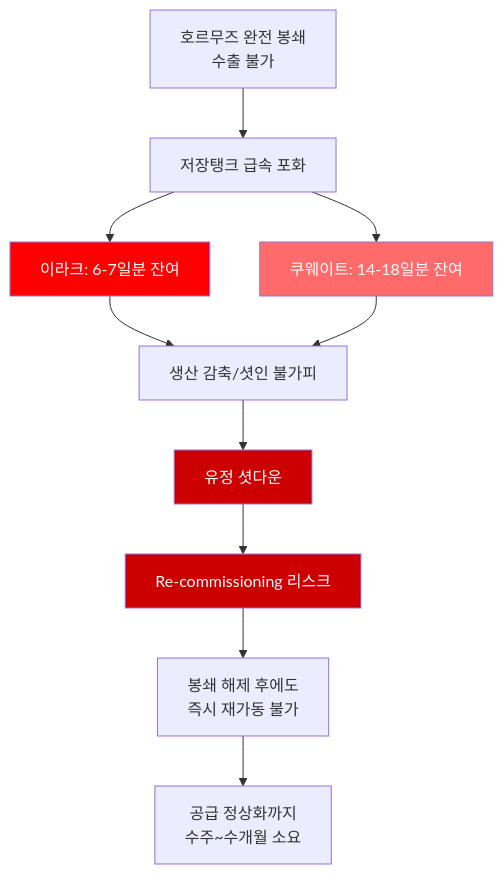
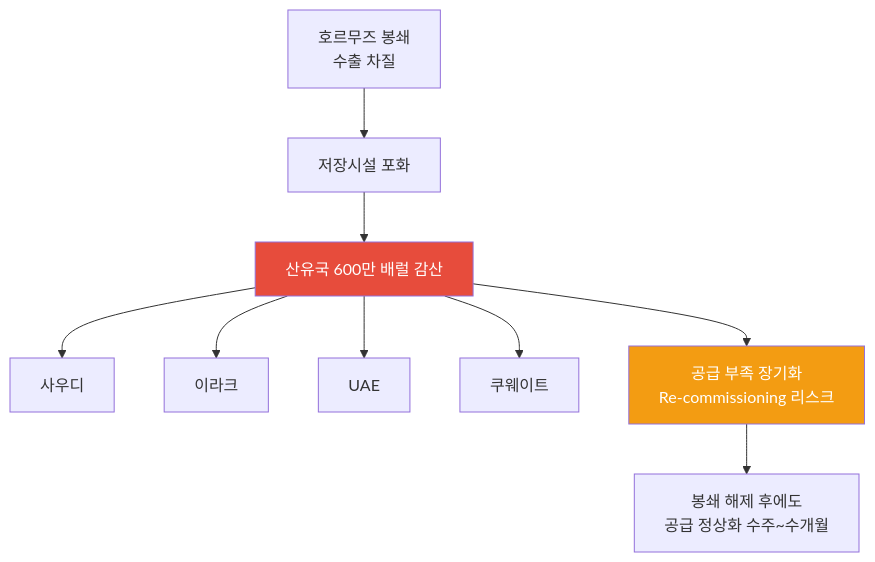
One commit to dss99911/dss99911.github.io changed the third of 10 diagrams in _posts/knowledge/invest/2026-03-07-energy-sector-outlook-2026.md. Above: the diagram before and after it, drawn with Mermaid. The commit also changed other lines of this file and 6 other files, not shown here.

````diff
--- a/_posts/knowledge/invest/2026-03-07-energy-sector-outlook-2026.md
+++ b/_posts/knowledge/invest/2026-03-07-energy-sector-outlook-2026.md
@@ -112,17 +108,15 @@
 ```mermaid
 graph TD
-    A["호르무즈 완전 봉쇄<br/>수출 불가"] --> B["저장탱크 급속 포화"]
-    B --> C["이라크: 6-7일분 잔여"]
-    B --> D["쿠웨이트: 14-18일분 잔여"]
-    C --> E["생산 감축/셧인 불가피"]
-    D --> E
-    E --> F["유정 셧다운"]
-    F --> G["Re-commissioning 리스크"]
-    G --> H["봉쇄 해제 후에도<br/>즉시 재가동 불가"]
-    H --> I["공급 정상화까지<br/>수주~수개월 소요"]
+    A["호르무즈 봉쇄<br/>수출 차질"] --> B["저장시설 포화"]
+    B --> C["산유국 600만 배럴 감산"]
+    C --> D["사우디"]
+    C --> E["이라크"]
+    C --> F["UAE"]
+    C --> G["쿠웨이트"]
 
-    style C fill:#ff0000,color:#fff
-    style D fill:#ff6b6b,color:#fff
-    style F fill:#cc0000,color:#fff
-    style G fill:#cc0000,color:#fff
+    C --> H["공급 부족 장기화<br/>Re-commissioning 리스크"]
+    H --> I["봉쇄 해제 후에도<br/>공급 정상화 수주~수개월"]
+
+    style C fill:#e74c3c,color:#fff
+    style H fill:#f39c12,color:#fff
 ```
````
